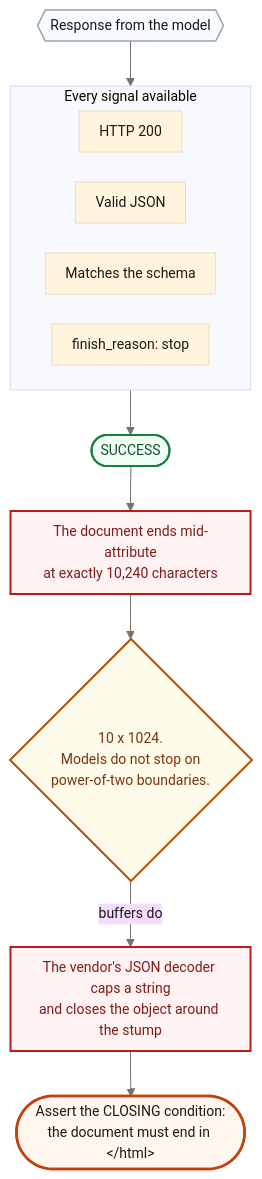
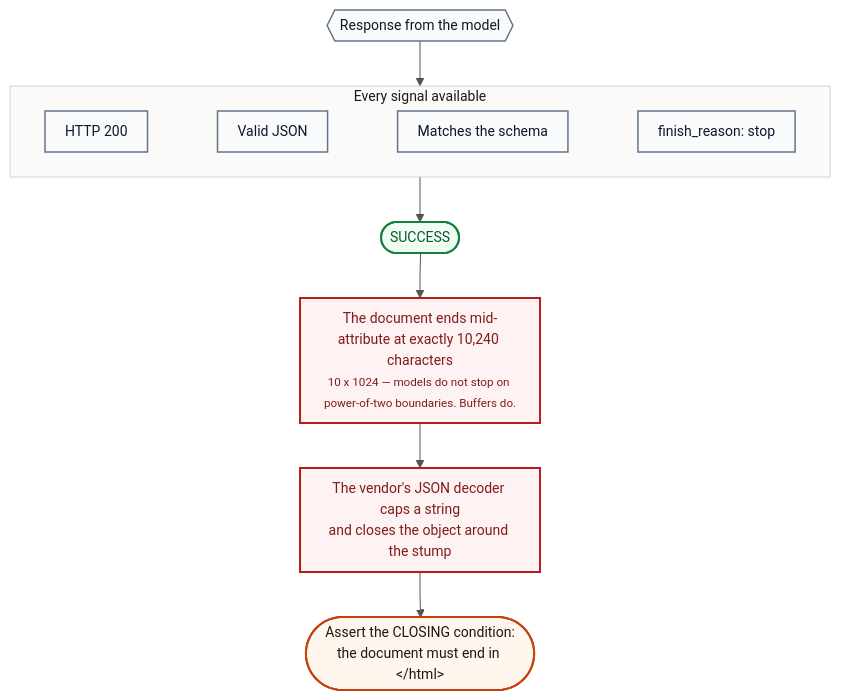
Before and after one commit to Rounak7721/ReForge: the second of 2 diagrams in docs/04-debugging-log.md, drawn with Mermaid. The commit also changed other lines of this file and 5 other files, not shown here.

First line of the commit message:
docs: pin every diagram's theme, and give the line types one meaning

````diff
--- a/docs/04-debugging-log.md
+++ b/docs/04-debugging-log.md
@@ -1008,31 +1009,34 @@
 ```mermaid
-%%{init: {'theme':'base','themeVariables':{'fontFamily':'ui-sans-serif, system-ui, sans-serif','fontSize':'14px','lineColor':'#78716c','primaryTextColor':'#1c1917'},'flowchart':{'curve':'linear','nodeSpacing':30,'rankSpacing':45,'padding':10}}}%%
+%%{init: {'theme':'base','themeVariables':{'fontFamily':'ui-sans-serif, system-ui, -apple-system, sans-serif','fontSize':'14px','textColor':'#1c1917','primaryTextColor':'#1c1917','secondaryTextColor':'#1c1917','tertiaryTextColor':'#1c1917','nodeTextColor':'#1c1917','titleColor':'#1c1917','lineColor':'#57534e','mainBkg':'#ffffff','nodeBorder':'#57534e','background':'#ffffff','clusterBkg':'#fafaf9','clusterBorder':'#d6d3d1','edgeLabelBackground':'#f5f5f4','primaryColor':'#ffffff','primaryBorderColor':'#57534e','secondaryColor':'#fafaf9','tertiaryColor':'#f5f5f4'},'flowchart':{'curve':'linear','nodeSpacing':30,'rankSpacing':45,'padding':10,'htmlLabels':true}}}%%
 flowchart TB
     R{{"Response from the model"}}
 
     subgraph SIG["Every signal available"]
         direction LR
-        S1["HTTP 200"]
-        S2["Valid JSON"]
-        S3["Matches the schema"]
-        S4["finish_reason: stop"]
+        S1["HTTP 200"] ~~~ S2["Valid JSON"] ~~~ S3["Matches the schema"] ~~~ S4["finish_reason: stop"]
     end
 
+    OK(["SUCCESS"])
+    BAD["The document ends mid-attribute at exactly 10,240 characters<br/><small>10 x 1024 — models do not stop on power-of-two boundaries. Buffers do.</small>"]
+    CAUSE["The vendor's JSON decoder caps a string<br/>and closes the object around the stump"]
+    FIX(["Assert the CLOSING condition:<br/>the document must end in &lt;/html&gt;"])
+
     R --> SIG
-    SIG --> OK(["SUCCESS"])
-    OK --> BAD["The document ends mid-attribute<br/>at exactly 10,240 characters"]
-    BAD --> WHY{"10 x 1024.<br/>Models do not stop on<br/>power-of-two boundaries."}
-    WHY -->|"buffers do"| CAUSE["The vendor's JSON decoder caps a string<br/>and closes the object around the stump"]
-    CAUSE --> FIX(["Assert the CLOSING condition:<br/>the document must end in &lt;/html&gt;"])
+    SIG --> OK
+    OK --> BAD
+    BAD --> CAUSE
+    CAUSE --> FIX
 
+
+
+    classDef core fill:#fff7ed,stroke:#c2410c,stroke-width:2px,color:#1c1917
+    classDef data fill:#f0fdf4,stroke:#15803d,stroke-width:2px,color:#14532d
+    classDef ext fill:#f8fafc,stroke:#64748b,stroke-width:1.5px,color:#0f172a
+    classDef gate fill:#fffbeb,stroke:#b45309,stroke-width:2px,color:#78350f
+    classDef bad fill:#fef2f2,stroke:#b91c1c,stroke-width:2px,color:#7f1d1d
     classDef good fill:#f0fdf4,stroke:#15803d,stroke-width:2px,color:#14532d
-    classDef bad fill:#fef2f2,stroke:#b91c1c,stroke-width:2px,color:#7f1d1d
-    classDef gate fill:#fffbeb,stroke:#b45309,stroke-width:2px,color:#78350f
-    classDef core fill:#fff7ed,stroke:#c2410c,stroke-width:2.5px,color:#1c1917
-    classDef ext fill:#f8fafc,stroke:#94a3b8,stroke-width:1.5px,color:#0f172a
+    class R,S1,S2,S3,S4 ext
     class OK good
     class BAD,CAUSE bad
-    class WHY gate
     class FIX core
-    class R ext
 ```
````
